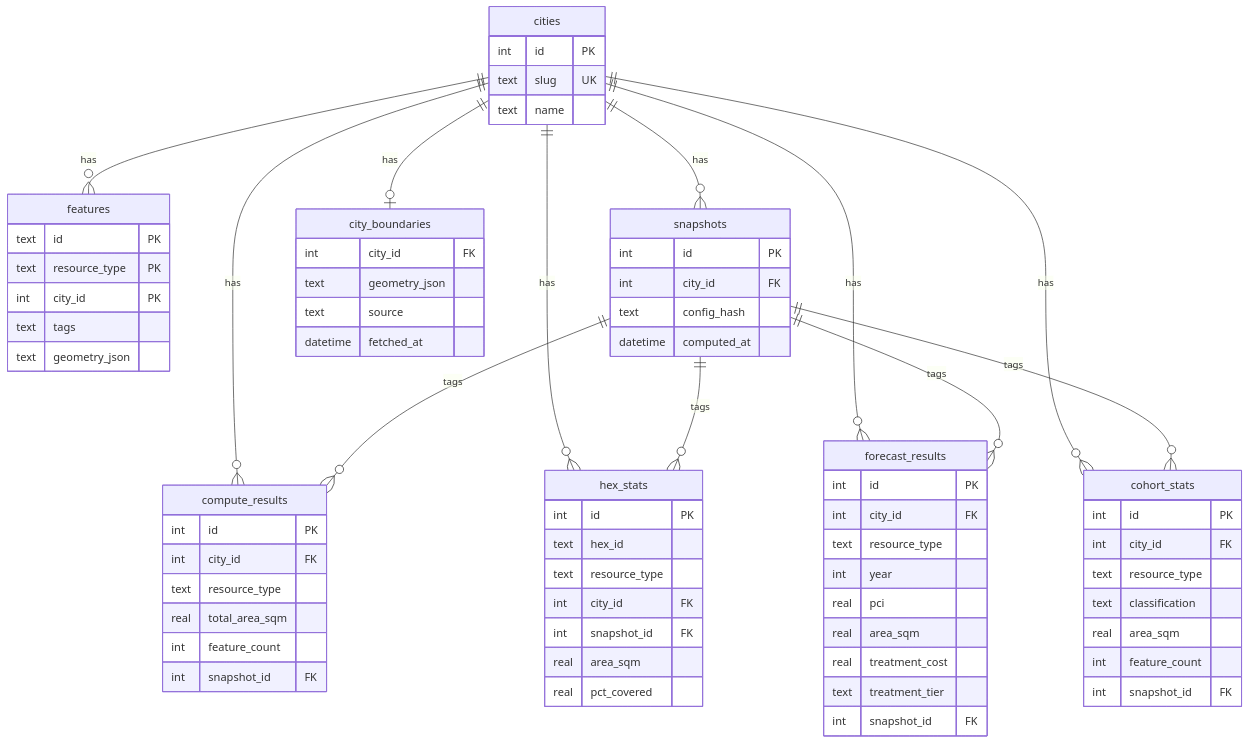
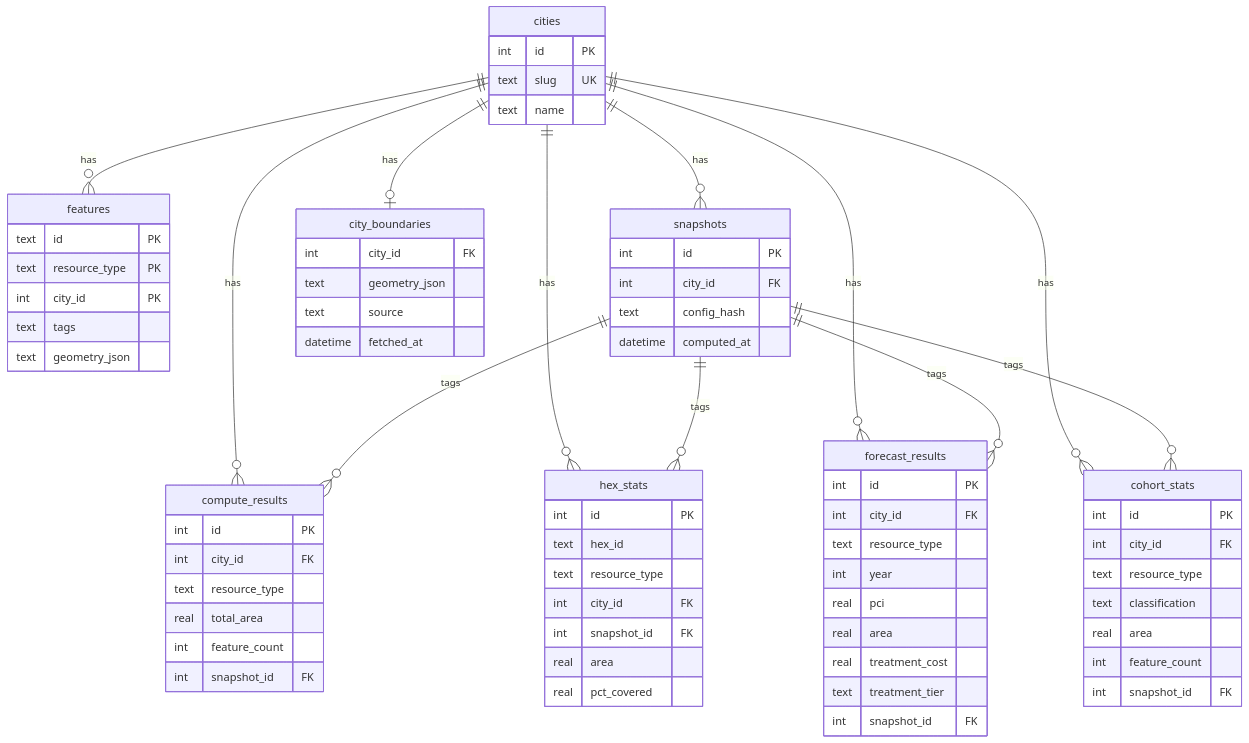
One commit to jcrussell/solvent-streets changed the fourth of 4 diagrams in docs/architecture.md. Above: the diagram before and after it, drawn with Mermaid. The commit also changed 45 other files, not shown here.

First line of the commit message:
refactor: drop _sqm/SqM suffix from area fields

````diff
--- a/docs/architecture.md
+++ b/docs/architecture.md
@@ -92,77 +92,77 @@
 ```mermaid
 erDiagram
     cities ||--o{ features : has
     cities ||--o{ compute_results : has
     cities ||--o{ hex_stats : has
     cities ||--o{ forecast_results : has
     cities ||--o{ cohort_stats : has
     cities ||--o{ snapshots : has
     cities ||--o| city_boundaries : has
 
     snapshots ||--o{ compute_results : tags
     snapshots ||--o{ hex_stats : tags
     snapshots ||--o{ forecast_results : tags
     snapshots ||--o{ cohort_stats : tags
 
     cities {
         int id PK
         text slug UK
         text name
     }
     city_boundaries {
         int city_id FK
         text geometry_json
         text source
         datetime fetched_at
     }
     snapshots {
         int id PK
         int city_id FK
         text config_hash
         datetime computed_at
     }
     features {
         text id PK
         text resource_type PK
         int city_id PK
         text tags
         text geometry_json
     }
     compute_results {
         int id PK
         int city_id FK
         text resource_type
-        real total_area_sqm
+        real total_area
         int feature_count
         int snapshot_id FK
     }
     hex_stats {
         int id PK
         text hex_id
         text resource_type
         int city_id FK
         int snapshot_id FK
-        real area_sqm
+        real area
         real pct_covered
     }
     forecast_results {
         int id PK
         int city_id FK
         text resource_type
         int year
         real pci
-        real area_sqm
+        real area
         real treatment_cost
         text treatment_tier
         int snapshot_id FK
     }
     cohort_stats {
         int id PK
         int city_id FK
         text resource_type
         text classification
-        real area_sqm
+        real area
         int feature_count
         int snapshot_id FK
     }
 ```
````
